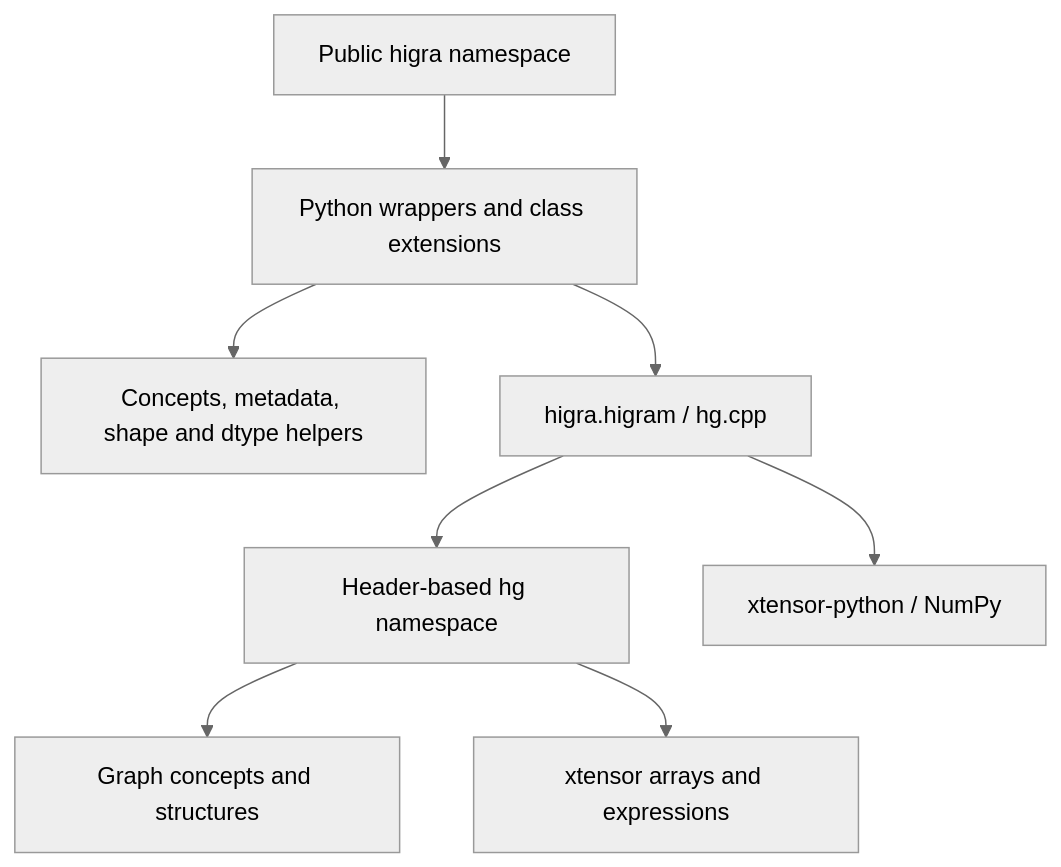
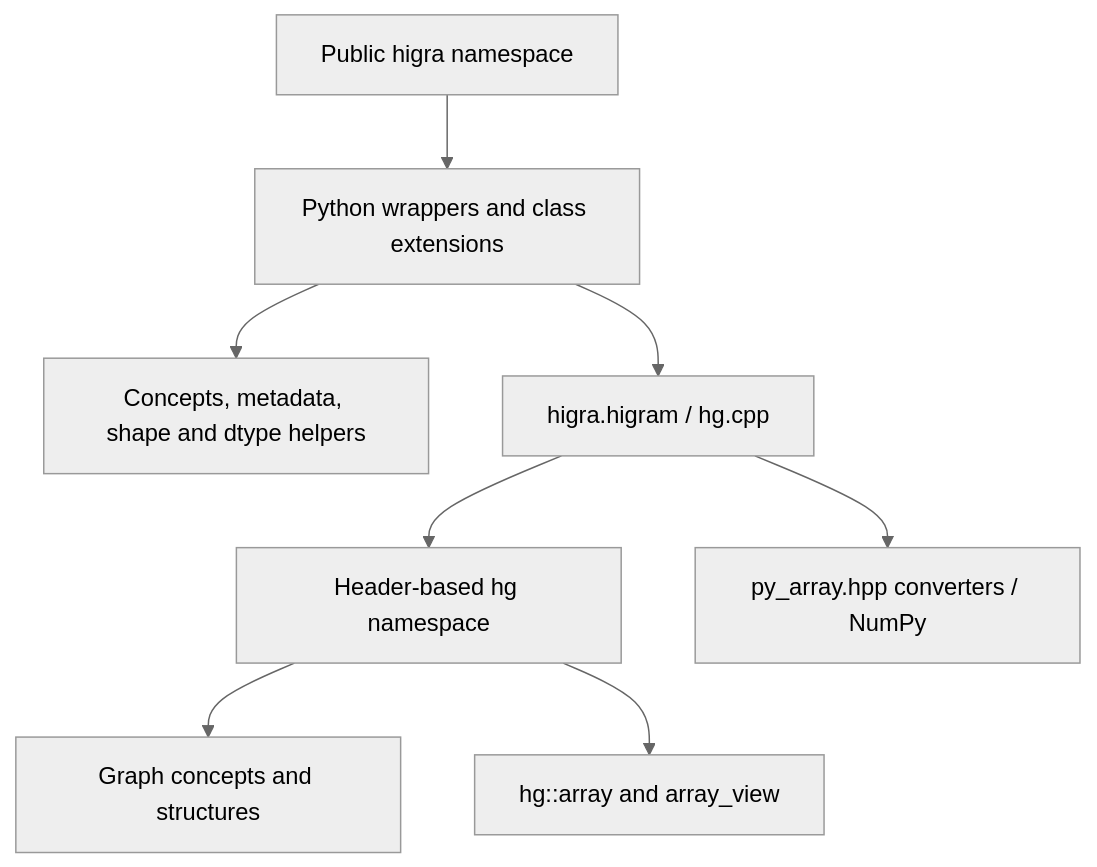
The diagram in docs/agents/architecture.md (higra/Higra), drawn with Mermaid (neutral theme) before and after one commit. The commit also changed other lines of this file and 248 other files, not shown here.

````diff
--- a/docs/agents/architecture.md
+++ b/docs/agents/architecture.md
@@ -9,10 +9,10 @@
 ```mermaid
 flowchart TD
     API[Public higra namespace] --> PY[Python wrappers and class extensions]
     PY --> META[Concepts, metadata, shape and dtype helpers]
     PY --> BIND[higra.higram / hg.cpp]
     BIND --> CORE[Header-based hg namespace]
     CORE --> GRAPH[Graph concepts and structures]
-    CORE --> ARRAY[xtensor arrays and expressions]
-    BIND --> NUMPY[xtensor-python / NumPy]
+    CORE --> ARRAY[hg::array and array_view]
+    BIND --> NUMPY[py_array.hpp converters / NumPy]
 ```
````
